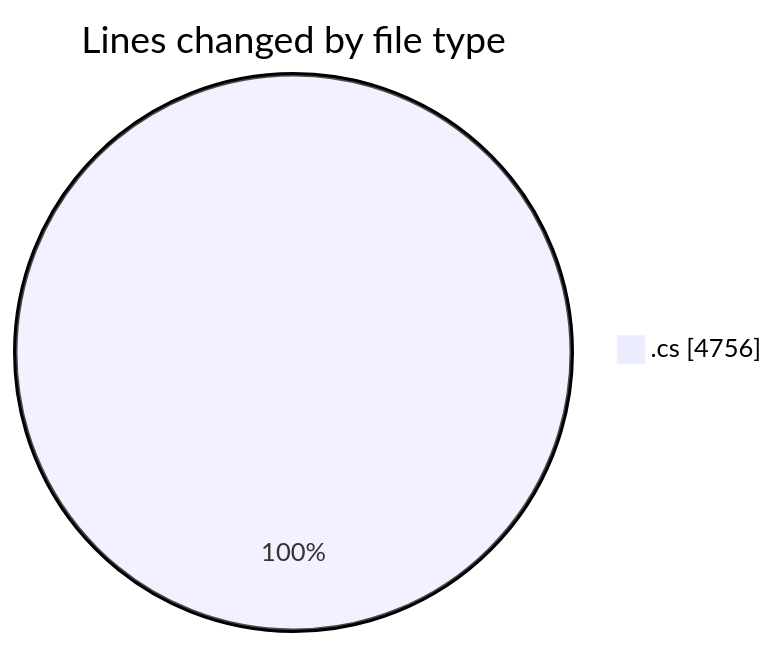
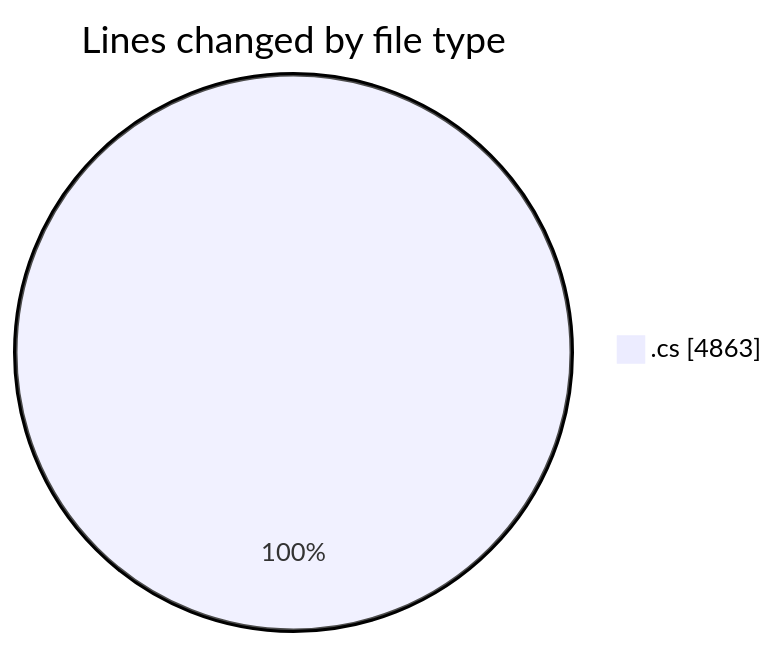
The first of 2 diagrams in 2025-03-26/back-end/README.md (Netris89/code-tracking), drawn with Mermaid before and after one commit. The commit also changed other lines of this file and 1 other file, not shown here.

````diff
--- a/2025-03-26/back-end/README.md
+++ b/2025-03-26/back-end/README.md
@@ -49,5 +50,5 @@
 ```mermaid
 pie showData
 title Lines changed by file type
-".cs" : 4756
+".cs" : 4863
 ```
````
